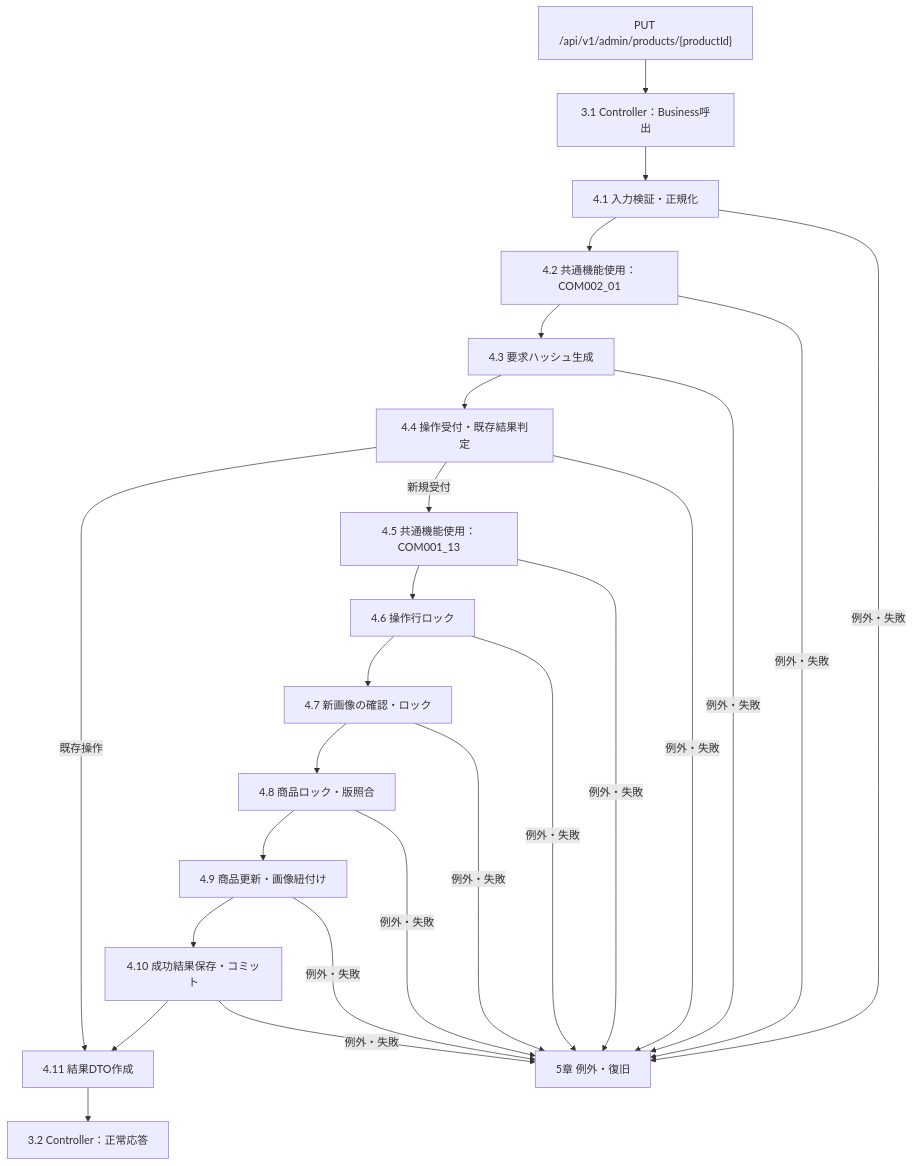
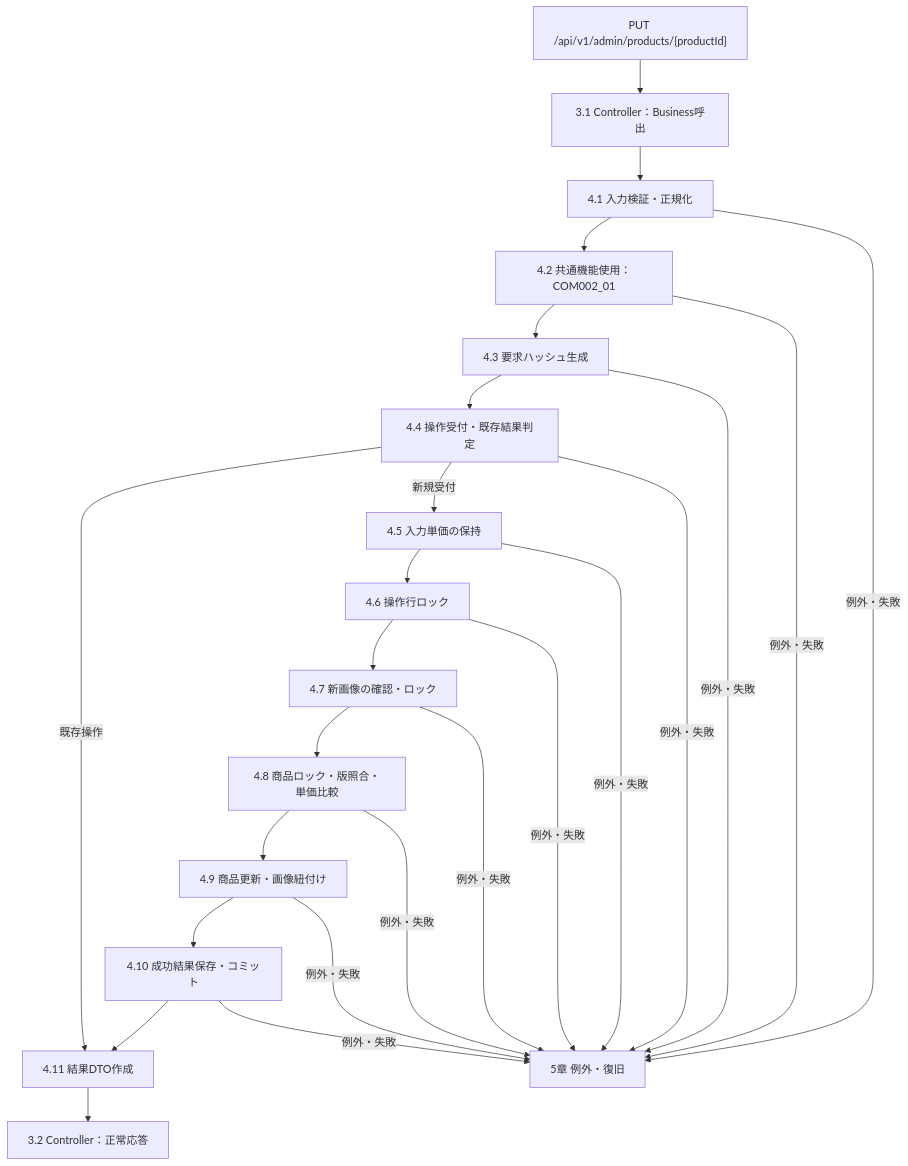
The diagram in docs/api/APA002_06_update-product.md (shooot223/cloudnative-ec-java), drawn with Mermaid before and after one commit. The commit also changed other lines of this file and 64 other files, not shown here.

````diff
--- a/docs/api/APA002_06_update-product.md
+++ b/docs/api/APA002_06_update-product.md
@@ -5,18 +5,18 @@
 ```mermaid
 flowchart TD
     A["PUT /api/v1/admin/products/{productId}"] --> B["3.1 Controller：Business呼出"]
     B --> C["4.1 入力検証・正規化"]
     C --> D["4.2 共通機能使用：COM002_01"]
     D --> E["4.3 要求ハッシュ生成"]
     E --> F["4.4 操作受付・既存結果判定"]
     F -->|既存操作| R["4.11 結果DTO作成"]
-    F -->|新規受付| G["4.5 共通機能使用：COM001_13"]
+    F -->|新規受付| G["4.5 入力単価の保持"]
     G --> H["4.6 操作行ロック"]
     H --> I["4.7 新画像の確認・ロック"]
-    I --> J["4.8 商品ロック・版照合"]
+    I --> J["4.8 商品ロック・版照合・単価比較"]
     J --> K["4.9 商品更新・画像紐付け"]
     K --> L["4.10 成功結果保存・コミット"]
     L --> R
     R --> S["3.2 Controller：正常応答"]
     C & D & E & F & G & H & I & J & K & L -->|例外・失敗| X["5章 例外・復旧"]
 ```
````
